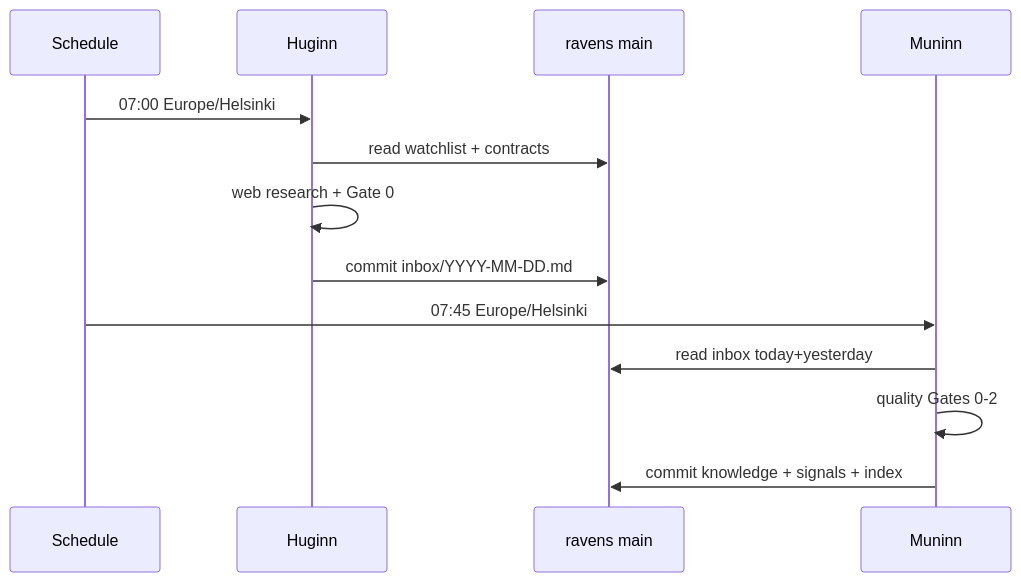
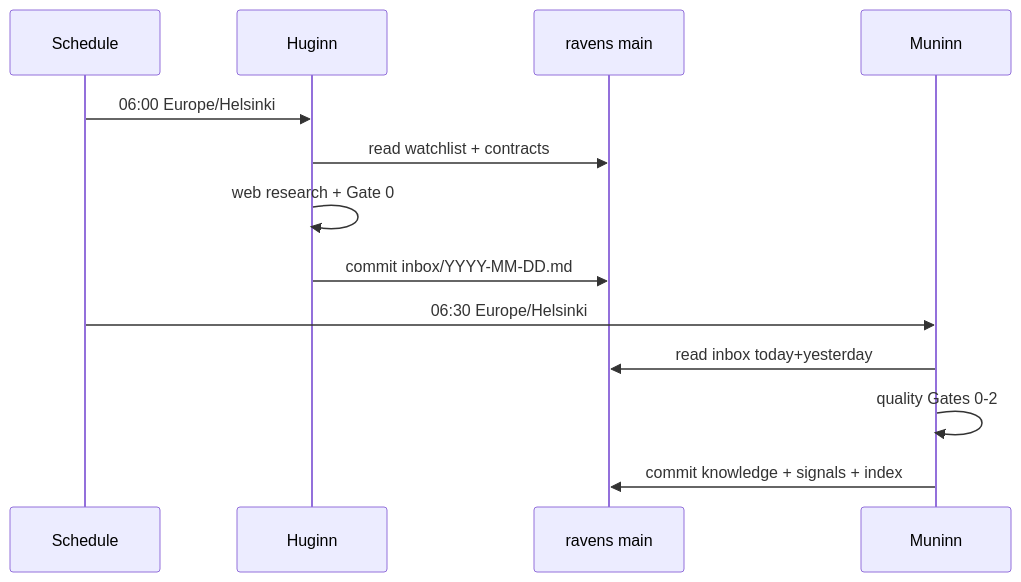
The second of 4 diagrams in docs/architecture/overview.md (AlexTouvras/ravens), drawn with Mermaid before and after one commit. The commit also changed other lines of this file and 4 other files, not shown here.

````diff
--- a/docs/architecture/overview.md
+++ b/docs/architecture/overview.md
@@ -48,16 +48,16 @@
 ```mermaid
 sequenceDiagram
   participant Cron as Schedule
   participant H as Huginn
   participant Git as ravens main
   participant M as Muninn
 
-  Cron->>H: 07:00 Europe/Helsinki
+  Cron->>H: 06:00 Europe/Helsinki
   H->>Git: read watchlist + contracts
   H->>H: web research + Gate 0
   H->>Git: commit inbox/YYYY-MM-DD.md
-  Cron->>M: 07:45 Europe/Helsinki
+  Cron->>M: 06:30 Europe/Helsinki
   M->>Git: read inbox today+yesterday
   M->>M: quality Gates 0-2
   M->>Git: commit knowledge + signals + index
 ```
````
